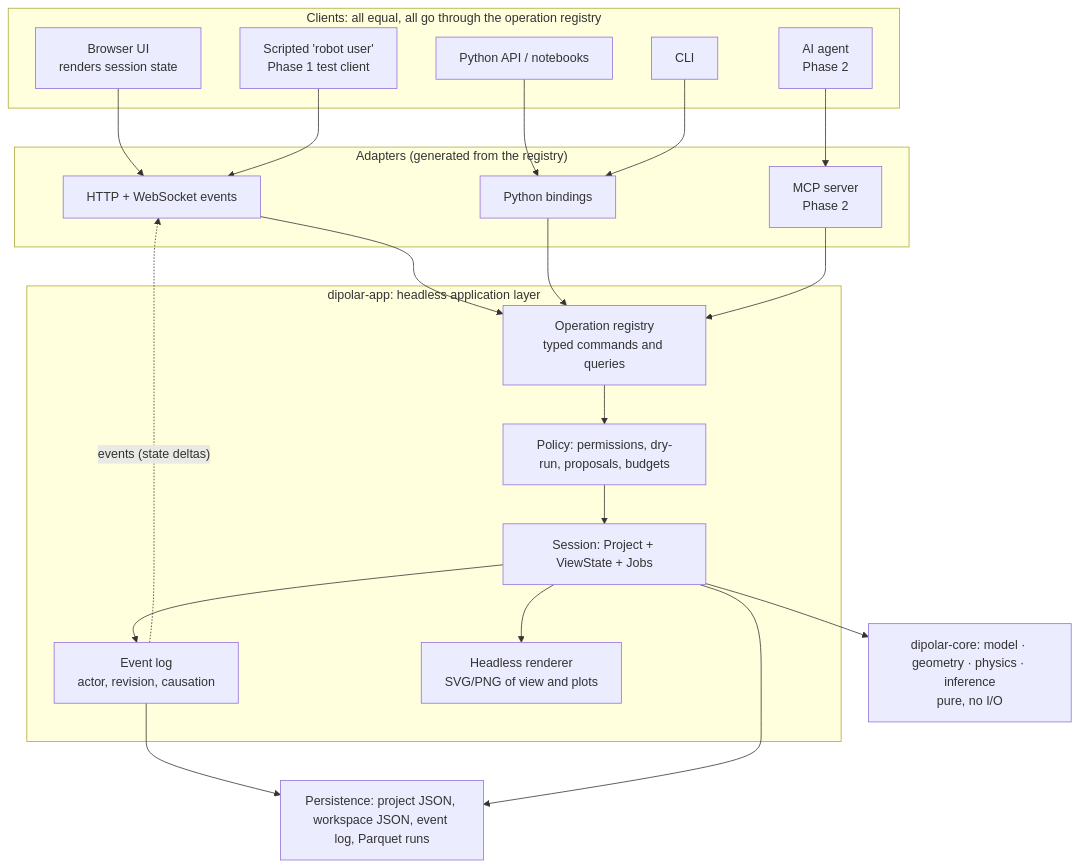
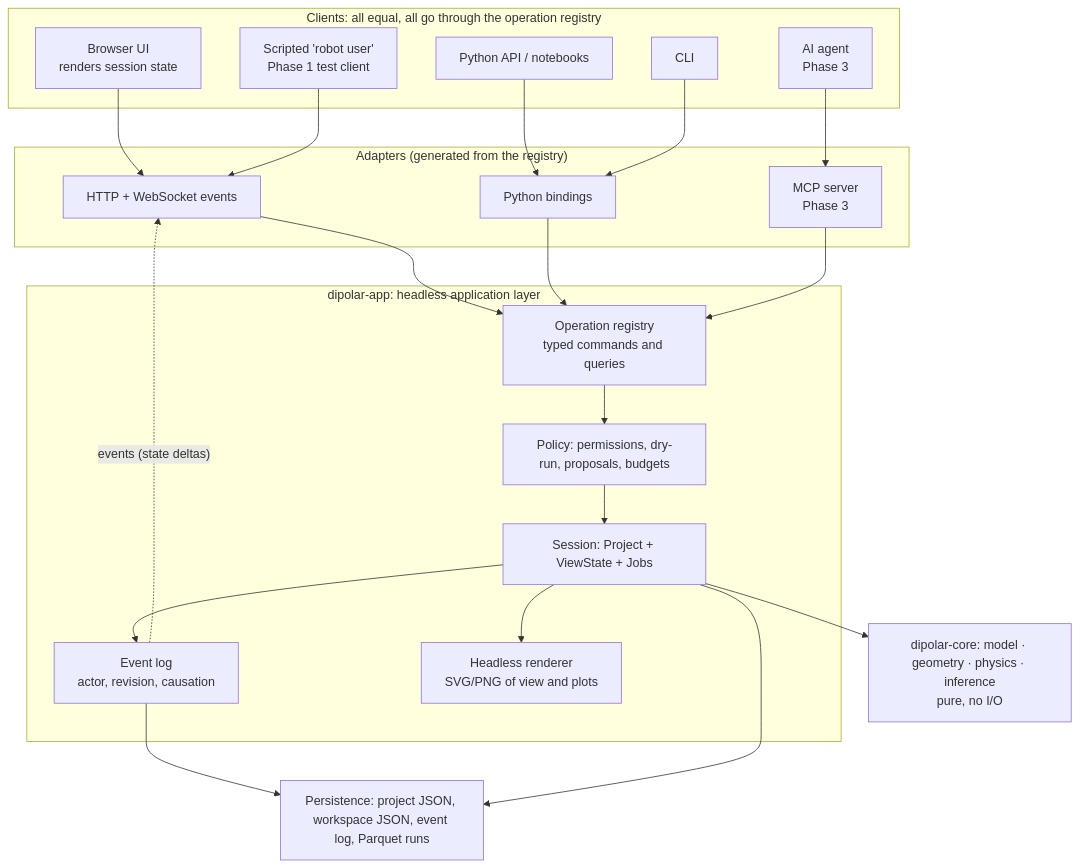
Before and after one commit to GinoLlerena/dipolar-studio: the diagram in docs/04-ai-ready-architecture.md, drawn with Mermaid. The commit also changed other lines of this file and 6 other files, not shown here.

````diff
--- a/docs/04-ai-ready-architecture.md
+++ b/docs/04-ai-ready-architecture.md
@@ -36,30 +43,30 @@
 ```mermaid
 flowchart TB
   subgraph Clients["Clients: all equal, all go through the operation registry"]
     UI[Browser UI<br/>renders session state]
     PY[Python API / notebooks]
     CLI[CLI]
     ROBOT[Scripted 'robot user'<br/>Phase 1 test client]
-    AGENT[AI agent<br/>Phase 2]
+    AGENT[AI agent<br/>Phase 3]
   end
   subgraph Adapters["Adapters (generated from the registry)"]
     HTTP[HTTP + WebSocket events]
     PYB[Python bindings]
-    MCP[MCP server<br/>Phase 2]
+    MCP[MCP server<br/>Phase 3]
   end
   subgraph App["dipolar-app: headless application layer"]
     REG[Operation registry<br/>typed commands and queries]
     SES[Session: Project + ViewState + Jobs]
     LOG[Event log<br/>actor, revision, causation]
     POL[Policy: permissions, dry-run, proposals, budgets]
     RND[Headless renderer<br/>SVG/PNG of view and plots]
   end
   CORE[dipolar-core: model · geometry · physics · inference<br/>pure, no I/O]
   STORE[Persistence: project JSON, workspace JSON, event log, Parquet runs]
 
   UI --> HTTP; PY --> PYB; CLI --> PYB; ROBOT --> HTTP; AGENT --> MCP
   HTTP --> REG; PYB --> REG; MCP --> REG
   REG --> POL --> SES
   SES --> LOG; SES --> CORE; SES --> RND; LOG --> STORE; SES --> STORE
   LOG -. "events (state deltas)" .-> HTTP
 ```
````
